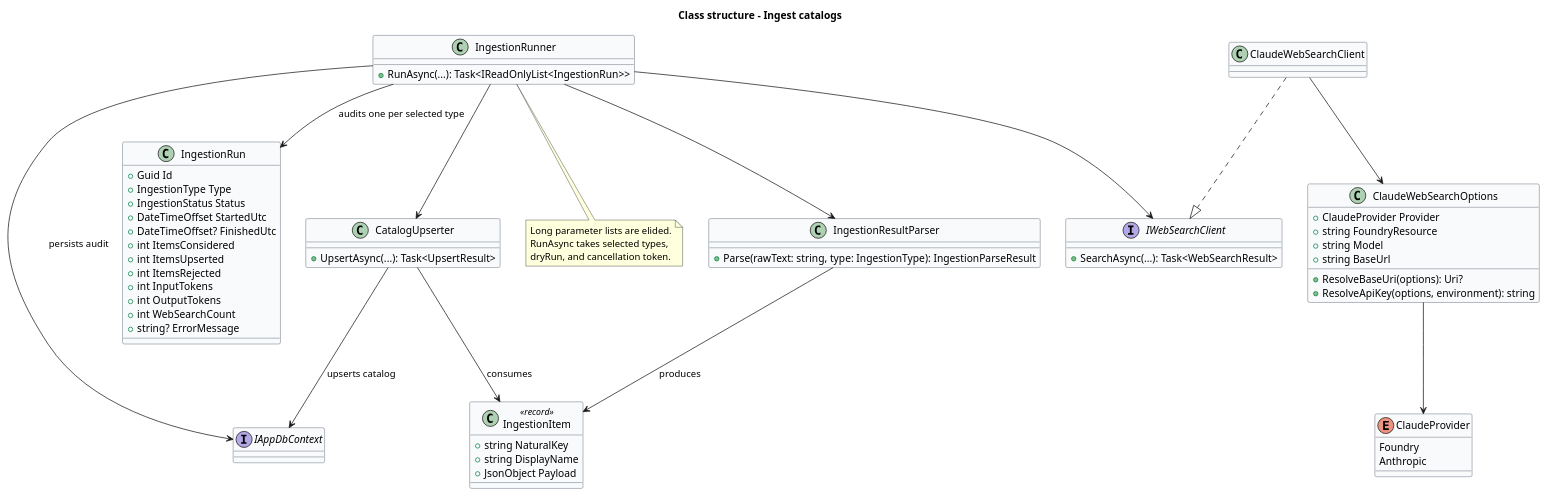
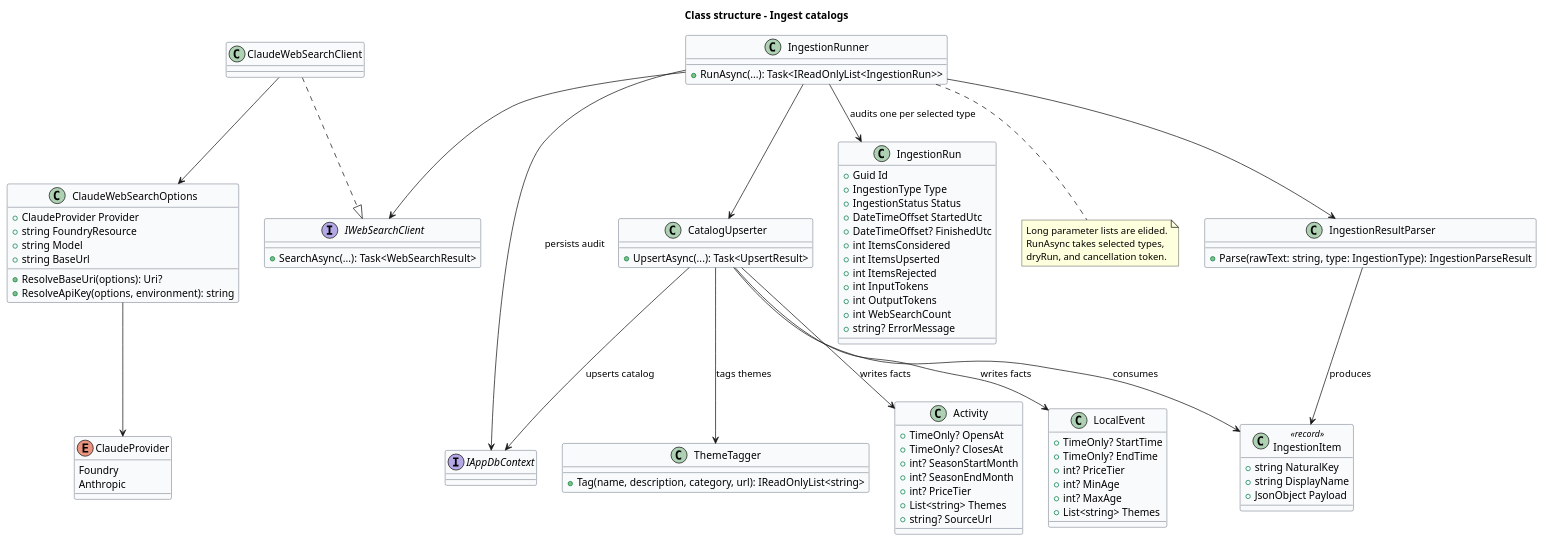
Before and after one commit to QuinntyneBrown/saturdaze: the diagram in docs/detailed-designs/discovery/ingest-catalogs/diagrams/class-structure.puml, drawn with PlantUML. The commit also changed 36 other files, not shown here.

Commit message:
Detailed designs for agent planning, planner fixes, planning boundaries and catalog facts

```diff
--- a/docs/detailed-designs/discovery/ingest-catalogs/diagrams/class-structure.puml
+++ b/docs/detailed-designs/discovery/ingest-catalogs/diagrams/class-structure.puml
@@ -1,69 +1,92 @@
 @startuml
 skinparam backgroundColor #FFFFFF
 skinparam shadowing false
 skinparam defaultFontName Arial
 skinparam classBackgroundColor #F9FAFB
 skinparam classBorderColor #344054
 title Class structure - Ingest catalogs
 class IngestionRunner {
  +RunAsync(...): Task<IReadOnlyList<IngestionRun>>
 }
 interface IWebSearchClient {
  +SearchAsync(...): Task<WebSearchResult>
 }
 class ClaudeWebSearchClient
 class ClaudeWebSearchOptions {
  +ClaudeProvider Provider
  +string FoundryResource
  +string Model
  +string BaseUrl
  +ResolveBaseUri(options): Uri?
  +ResolveApiKey(options, environment): string
 }
 enum ClaudeProvider {
  Foundry
  Anthropic
 }
 class IngestionResultParser {
  +Parse(rawText: string, type: IngestionType): IngestionParseResult
 }
 class CatalogUpserter {
  +UpsertAsync(...): Task<UpsertResult>
 }
 class IngestionRun {
  +Guid Id
  +IngestionType Type
  +IngestionStatus Status
  +DateTimeOffset StartedUtc
  +DateTimeOffset? FinishedUtc
  +int ItemsConsidered
  +int ItemsUpserted
  +int ItemsRejected
  +int InputTokens
  +int OutputTokens
  +int WebSearchCount
  +string? ErrorMessage
 }
 class IngestionItem <<record>> {
  +string NaturalKey
  +string DisplayName
  +JsonObject Payload
 }
 interface IAppDbContext
+class ThemeTagger {
+ +Tag(name, description, category, url): IReadOnlyList<string>
+}
+class Activity {
+ +TimeOnly? OpensAt
+ +TimeOnly? ClosesAt
+ +int? SeasonStartMonth
+ +int? SeasonEndMonth
+ +int? PriceTier
+ +List<string> Themes
+ +string? SourceUrl
+}
+class LocalEvent {
+ +TimeOnly? StartTime
+ +TimeOnly? EndTime
+ +int? PriceTier
+ +int? MinAge
+ +int? MaxAge
+ +List<string> Themes
+}
+CatalogUpserter --> ThemeTagger : tags themes
+CatalogUpserter --> Activity : writes facts
+CatalogUpserter --> LocalEvent : writes facts
 IngestionRunner --> IWebSearchClient
 ClaudeWebSearchClient ..|> IWebSearchClient
 ClaudeWebSearchClient --> ClaudeWebSearchOptions
 ClaudeWebSearchOptions --> ClaudeProvider
 IngestionRunner --> IngestionResultParser
 IngestionRunner --> CatalogUpserter
 IngestionRunner --> IngestionRun : audits one per selected type
 IngestionResultParser --> IngestionItem : produces
 CatalogUpserter --> IngestionItem : consumes
 CatalogUpserter --> IAppDbContext : upserts catalog
 IngestionRunner --> IAppDbContext : persists audit
 note bottom of IngestionRunner
 Long parameter lists are elided.
 RunAsync takes selected types,
 dryRun, and cancellation token.
 end note
 @enduml
```
